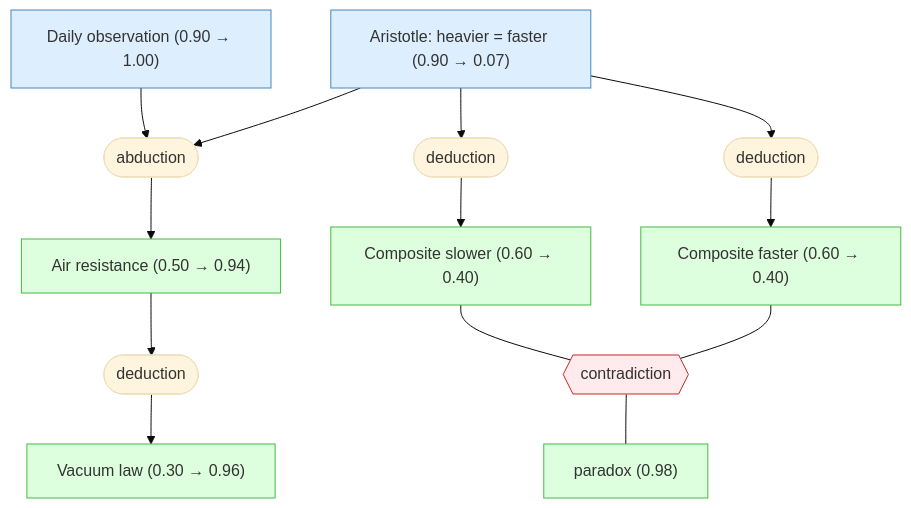
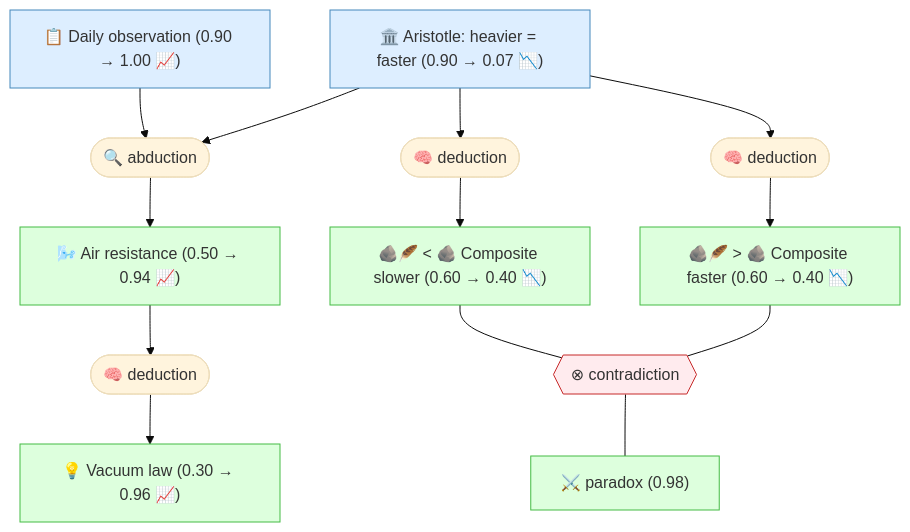
One commit to newtontech/Gaia changed the diagram in README.md. Above: the diagram before and after it, drawn with Mermaid (base theme). The commit also changed other lines of this file, not shown here.

Commit message:
docs: restore emojis in Quick Example graph and code

````diff
--- a/README.md
+++ b/README.md
@@ -14,32 +14,32 @@
 ```mermaid
 graph TD
-    obs_daily["Daily observation (0.90 → 1.00)"]:::premise
-    aristotle["Aristotle: heavier = faster (0.90 → 0.07)"]:::premise
-    air_resistance["Air resistance (0.50 → 0.94)"]:::derived
-    composite_slower["Composite slower (0.60 → 0.40)"]:::derived
-    composite_faster["Composite faster (0.60 → 0.40)"]:::derived
-    paradox["paradox (0.98)"]:::derived
-    vacuum_law["Vacuum law (0.30 → 0.96)"]:::derived
-    strat_0(["abduction"])
+    obs_daily["📋 Daily observation (0.90 → 1.00 📈)"]:::premise
+    aristotle["🏛️ Aristotle: heavier = faster (0.90 → 0.07 📉)"]:::premise
+    air_resistance["🌬️ Air resistance (0.50 → 0.94 📈)"]:::derived
+    composite_slower["🪨🪶 < 🪨 Composite slower (0.60 → 0.40 📉)"]:::derived
+    composite_faster["🪨🪶 > 🪨 Composite faster (0.60 → 0.40 📉)"]:::derived
+    paradox["⚔️ paradox (0.98)"]:::derived
+    vacuum_law["💡 Vacuum law (0.30 → 0.96 📈)"]:::derived
+    strat_0(["🔍 abduction"])
     obs_daily --> strat_0
     aristotle --> strat_0
     strat_0 --> air_resistance
-    strat_1(["deduction"])
+    strat_1(["🧠 deduction"])
     aristotle --> strat_1
     strat_1 --> composite_slower
-    strat_2(["deduction"])
+    strat_2(["🧠 deduction"])
     aristotle --> strat_2
     strat_2 --> composite_faster
-    strat_3(["deduction"])
+    strat_3(["🧠 deduction"])
     air_resistance --> strat_3
     strat_3 --> vacuum_law
-    oper_0{{"contradiction"}}:::contra
+    oper_0{{"⊗ contradiction"}}:::contra
     composite_slower --- oper_0
     composite_faster --- oper_0
     oper_0 --- paradox
 
     classDef setting fill:#f0f0f0,stroke:#999,color:#333
     classDef premise fill:#ddeeff,stroke:#4488bb,color:#333
     classDef derived fill:#ddffdd,stroke:#44bb44,color:#333
     classDef contra fill:#ffebee,stroke:#c62828,color:#333
 ```
````
